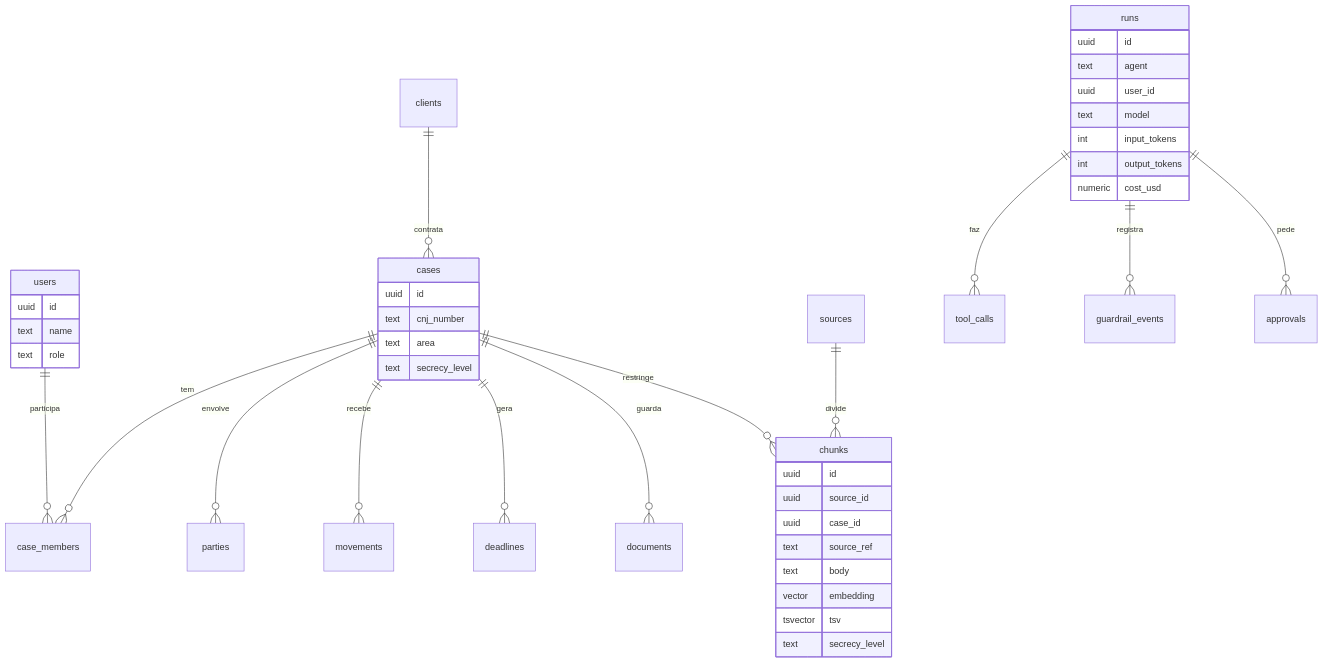
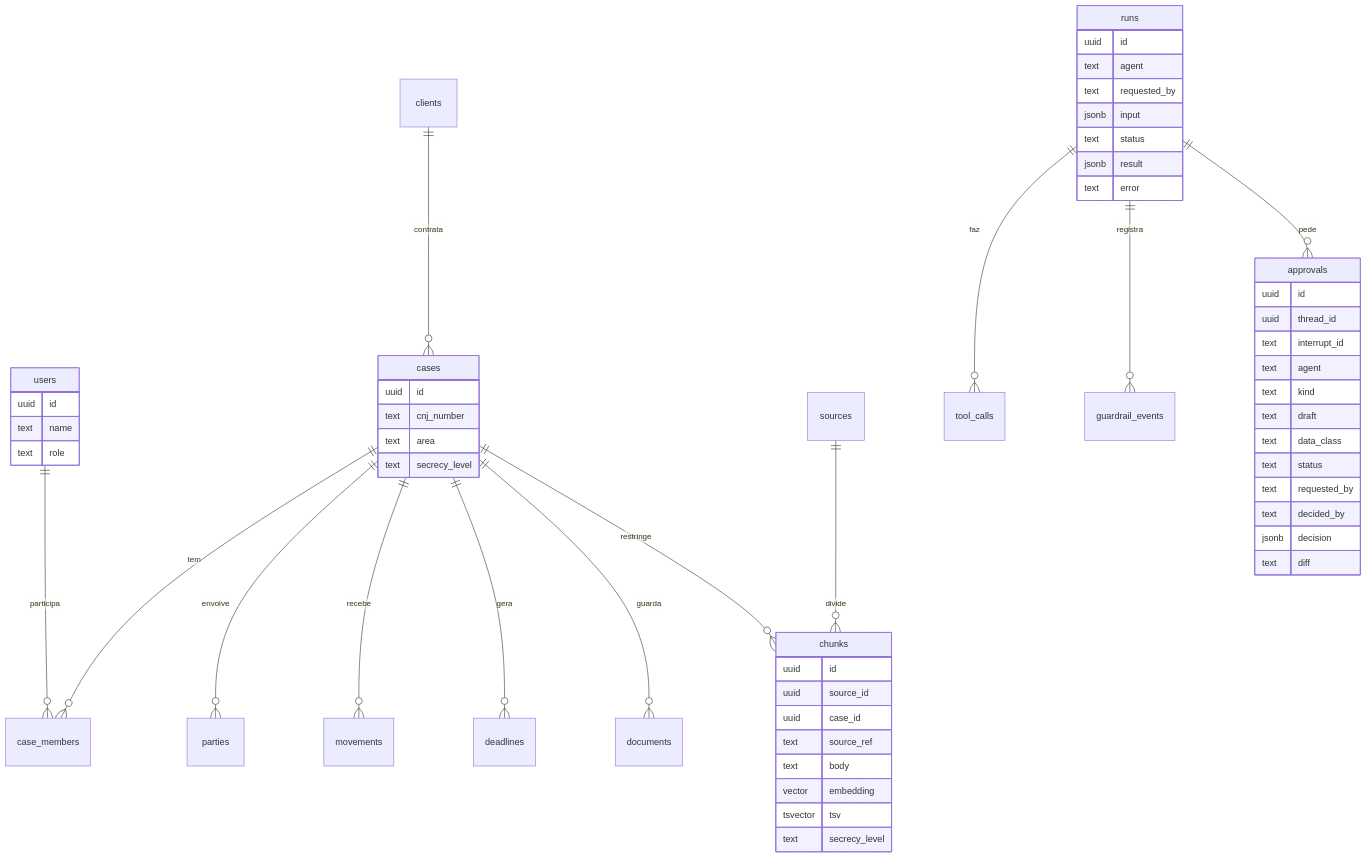
Before and after one commit to brunocs100/ementa: the tenth of 10 diagrams in docs/ARQUITETURA.md, drawn with Mermaid. The commit also changed other lines of this file and 4 other files, not shown here.

````diff
--- a/docs/ARQUITETURA.md
+++ b/docs/ARQUITETURA.md
@@ -286,45 +328,59 @@
 ```mermaid
 erDiagram
     users ||--o{ case_members : participa
     cases ||--o{ case_members : tem
     clients ||--o{ cases : contrata
     cases ||--o{ parties : envolve
     cases ||--o{ movements : recebe
     cases ||--o{ deadlines : gera
     cases ||--o{ documents : guarda
     sources ||--o{ chunks : divide
     cases ||--o{ chunks : restringe
     runs ||--o{ tool_calls : faz
     runs ||--o{ guardrail_events : registra
     runs ||--o{ approvals : pede
     users {
         uuid id
         text name
         text role
     }
     cases {
         uuid id
         text cnj_number
         text area
         text secrecy_level
     }
     chunks {
         uuid id
         uuid source_id
         uuid case_id
         text source_ref
         text body
         vector embedding
         tsvector tsv
         text secrecy_level
     }
     runs {
         uuid id
         text agent
-        uuid user_id
-        text model
-        int input_tokens
-        int output_tokens
-        numeric cost_usd
+        text requested_by
+        jsonb input
+        text status
+        jsonb result
+        text error
+    }
+    approvals {
+        uuid id
+        uuid thread_id
+        text interrupt_id
+        text agent
+        text kind
+        text draft
+        text data_class
+        text status
+        text requested_by
+        text decided_by
+        jsonb decision
+        text diff
     }
 ```
````
